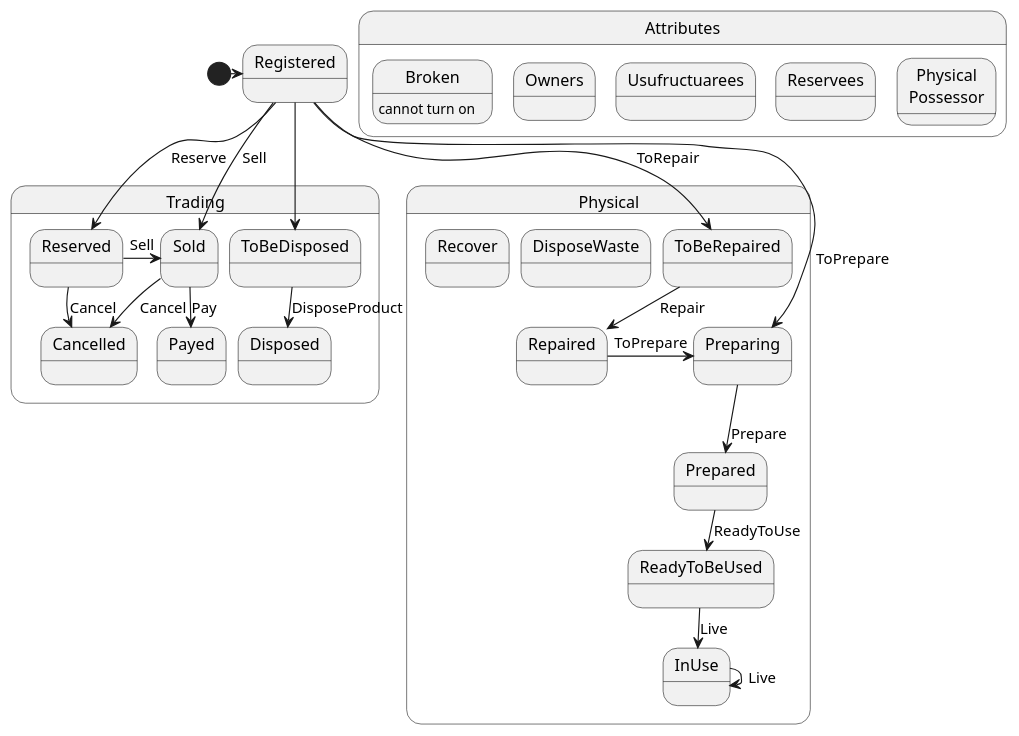
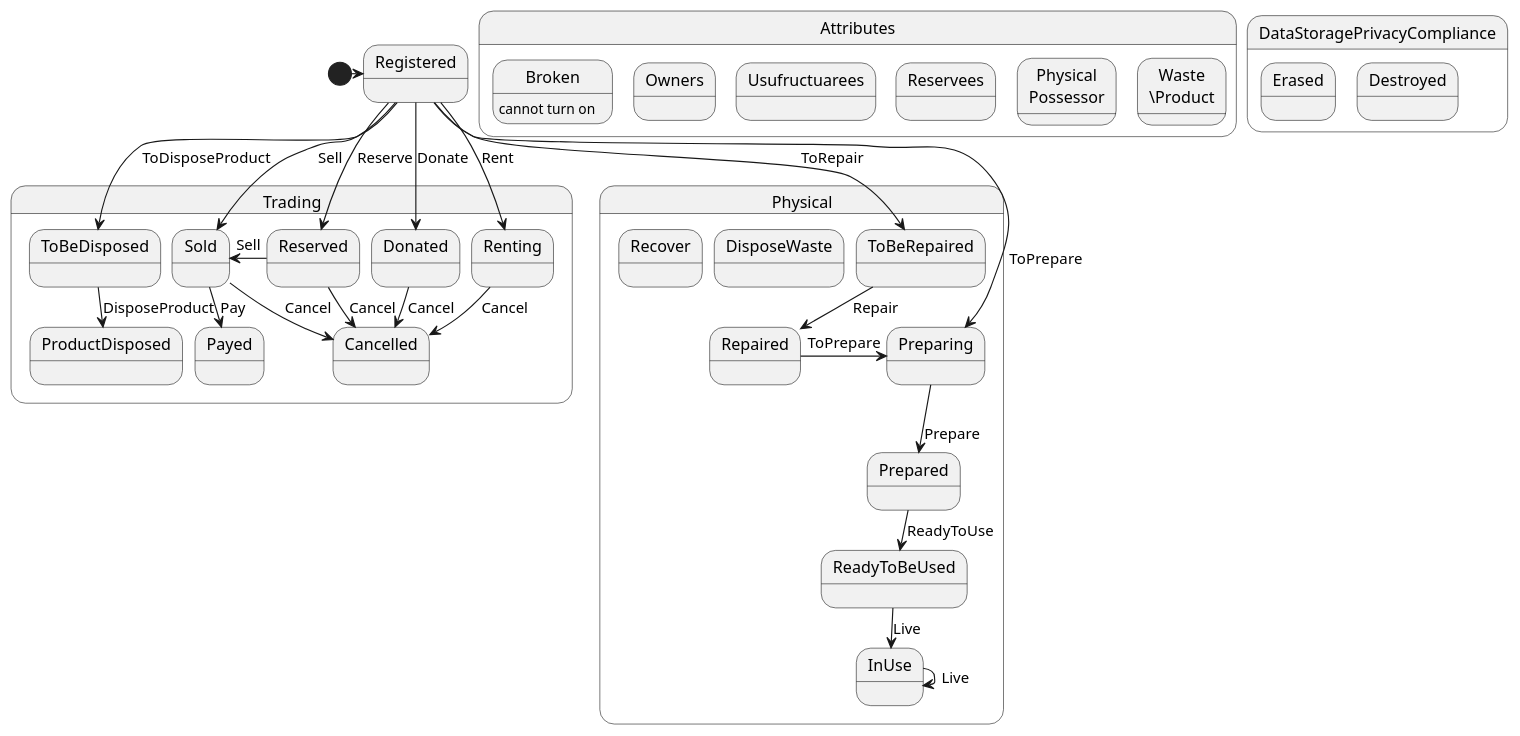
The diagram in docs/states.puml (eReuse/devicehub-teal), drawn with PlantUML before and after one commit. The commit also changed 28 other files, not shown here.

```diff
--- a/docs/states.puml
+++ b/docs/states.puml
@@ -1,43 +1,53 @@
 @startuml
 skinparam nodesep 10
 skinparam ranksep 1
 
 
 [*] -> Registered
 
 state Attributes {
 
 	state Broken : cannot turn on
 	state Owners
 	state Usufructuarees
 	state Reservees
 	state "Physical\nPossessor"
+	state "Waste\n\Product"
 }
 
 state Physical {
 	Registered --> Preparing : ToPrepare
 	Registered --> ToBeRepaired : ToRepair
 	ToBeRepaired --> Repaired : Repair
 	Repaired -> Preparing : ToPrepare
 	Preparing --> Prepared : Prepare
 	Prepared --> ReadyToBeUsed : ReadyToUse
 	ReadyToBeUsed --> InUse : Live
 	InUse -> InUse : Live
 	state DisposeWaste
 	state Recover
 
 }
 
 state Trading {
 	Registered --> Reserved : Reserve
 	Registered --> Sold : Sell
 	Reserved -> Sold : Sell
 	Reserved --> Cancelled : Cancel
 	Sold --> Cancelled : Cancel
 	Sold --> Payed : Pay
-	Registered --> ToBeDisposed
-	ToBeDisposed --> Disposed : DisposeProduct
+	Registered --> ToBeDisposed : ToDisposeProduct
+	ToBeDisposed --> ProductDisposed : DisposeProduct
+	Registered --> Donated: Donate
+	Registered --> Renting: Rent
+	Donated --> Cancelled : Cancel
+	Renting --> Cancelled : Cancel
+}
+
+state DataStoragePrivacyCompliance {
+    state Erased
+    state Destroyed
 }
 
 
 @enduml
```
